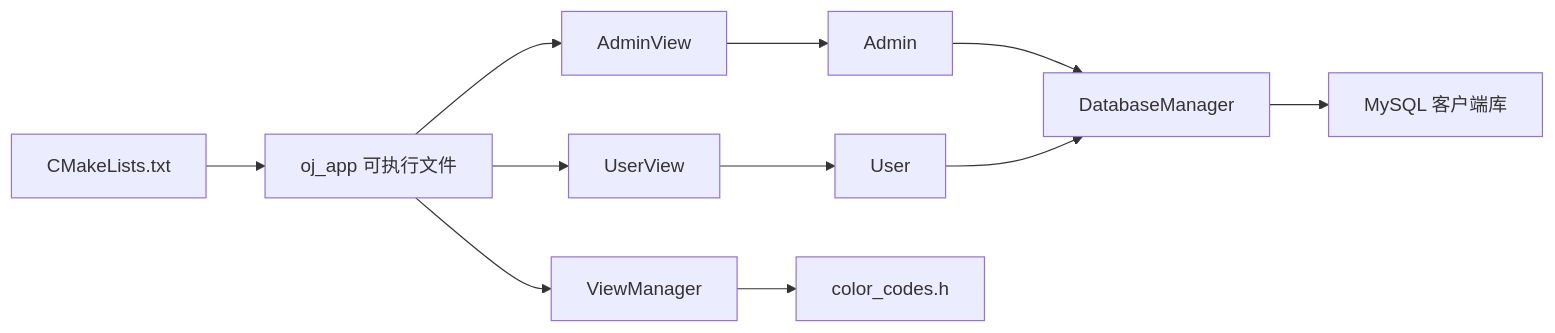
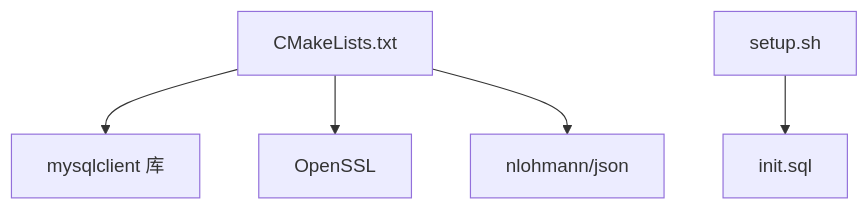
The ninth of 9 diagrams in .qoder/repowiki/zh/content/开发指南.md (jinpeng900/OJ-Test), drawn with Mermaid before and after one commit. The commit also changed other lines of this file and 65 other files, not shown here.

````diff
--- a/.qoder/repowiki/zh/content/开发指南.md
+++ b/.qoder/repowiki/zh/content/开发指南.md
@@ -413,13 +326,13 @@
 ```mermaid
-graph LR
-CMake["CMakeLists.txt"] --> Exec["oj_app 可执行文件"]
-Exec --> VM["ViewManager"]
-Exec --> AV["AdminView"]
-Exec --> UV["UserView"]
-AV --> ADM["Admin"]
-UV --> USR["User"]
-ADM --> DB["DatabaseManager"]
-USR --> DB
-DB --> MySQL["MySQL 客户端库"]
-VM --> Color["color_codes.h"]
+graph TB
+CMake["CMakeLists.txt"]
+MySQL["mysqlclient 库"]
+OpenSSL["OpenSSL"]
+JSON["nlohmann/json"]
+Setup["setup.sh"]
+Init["init.sql"]
+CMake --> MySQL
+CMake --> OpenSSL
+CMake --> JSON
+Setup --> Init
 ```
````
